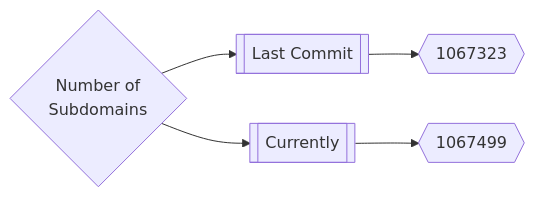
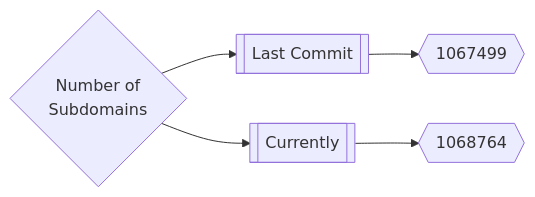
Before and after one commit to trickest/inventory: the first of 3 diagrams in README.md, drawn with Mermaid. The commit also changed other lines of this file and 262 other files, not shown here.

````diff
--- a/README.md
+++ b/README.md
@@ -165,5 +165,5 @@
 ```mermaid
 graph LR
-title{Number of<br>Subdomains} --> subdomainsDate1[[Last Commit]] --> subdomainsNum1{{1067323}}
-title --> subdomainsDate2[[Currently]] --> subdomainsNum2{{1067499}}
+title{Number of<br>Subdomains} --> subdomainsDate1[[Last Commit]] --> subdomainsNum1{{1067499}}
+title --> subdomainsDate2[[Currently]] --> subdomainsNum2{{1068764}}
 ```
````
